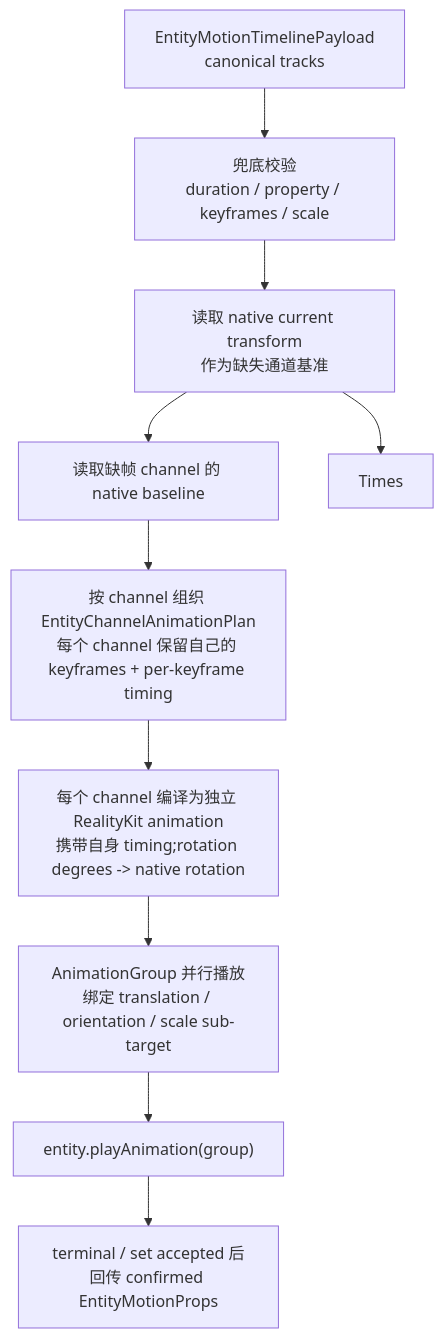
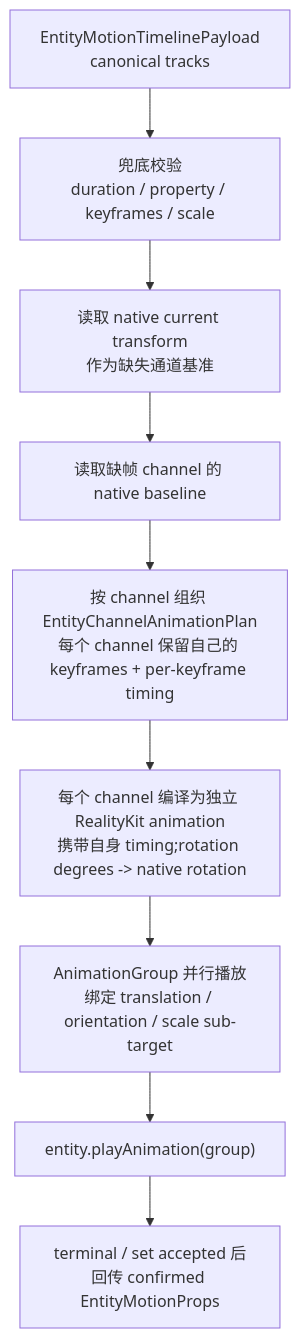
One commit to webspatial/webspatial-sdk changed the fifth of 6 diagrams in openspec/changes/redesign-entity-motion-api/design.zh.md. Above: the diagram before and after it, drawn with Mermaid. The commit also changed other lines of this file and 7 other files, not shown here.

````diff
--- a/openspec/changes/redesign-entity-motion-api/design.zh.md
+++ b/openspec/changes/redesign-entity-motion-api/design.zh.md
@@ -391,22 +390,21 @@
 ```mermaid
 flowchart TB
     Payload["EntityMotionTimelinePayload<br/>canonical tracks"]
     Validate["兜底校验<br/>duration / property / keyframes / scale"]
     Snapshot["读取 native current transform<br/>作为缺失通道基准"]
     Baseline["读取缺帧 channel 的 native baseline"]
     Channels["按 channel 组织 EntityChannelAnimationPlan<br/>每个 channel 保留自己的 keyframes + per-keyframe timing"]
     RKCompile["每个 channel 编译为独立 RealityKit animation<br/>携带自身 timing;rotation degrees -> native rotation"]
     Group["AnimationGroup 并行播放<br/>绑定 translation / orientation / scale sub-target"]
     Play["entity.playAnimation(group)"]
     Confirm["terminal / set accepted 后<br/>回传 confirmed EntityMotionProps"]
 
     Payload --> Validate
     Validate --> Snapshot
-    Snapshot --> Times
     Snapshot --> Baseline
     Baseline --> Channels
     Channels --> RKCompile
     RKCompile --> Group
     Group --> Play
     Play --> Confirm
 ```
````
